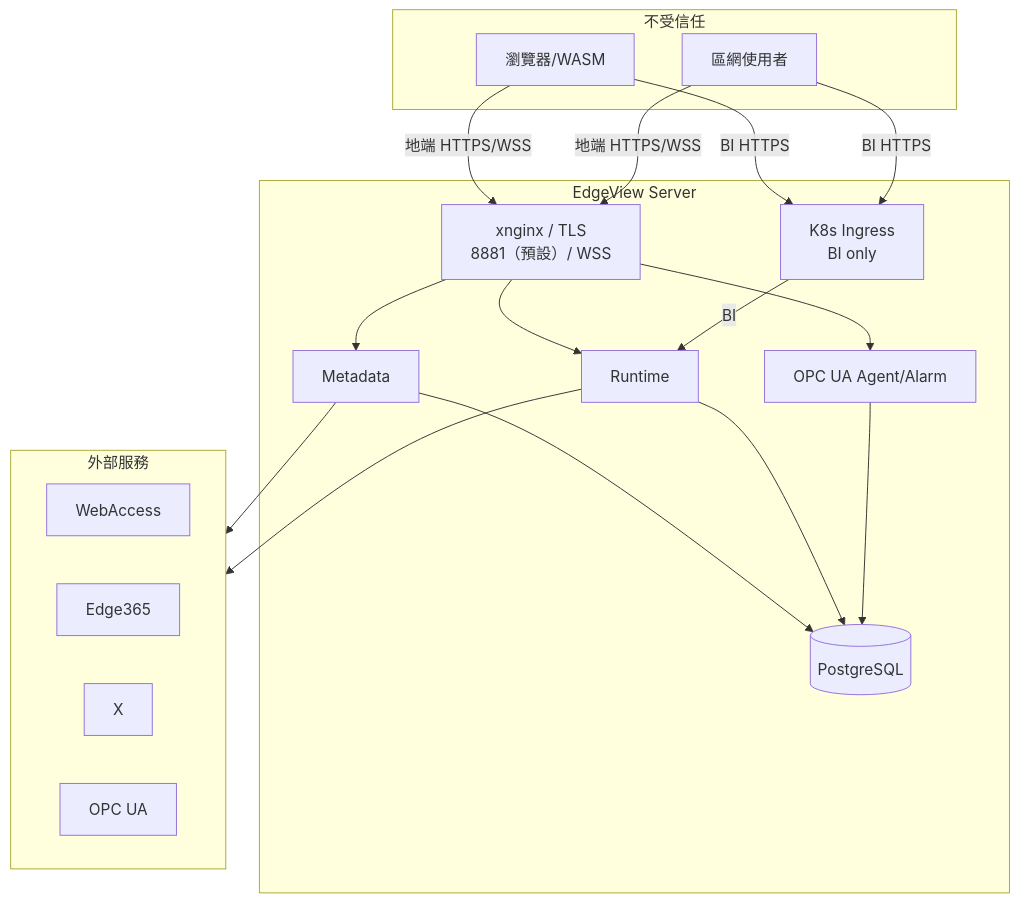
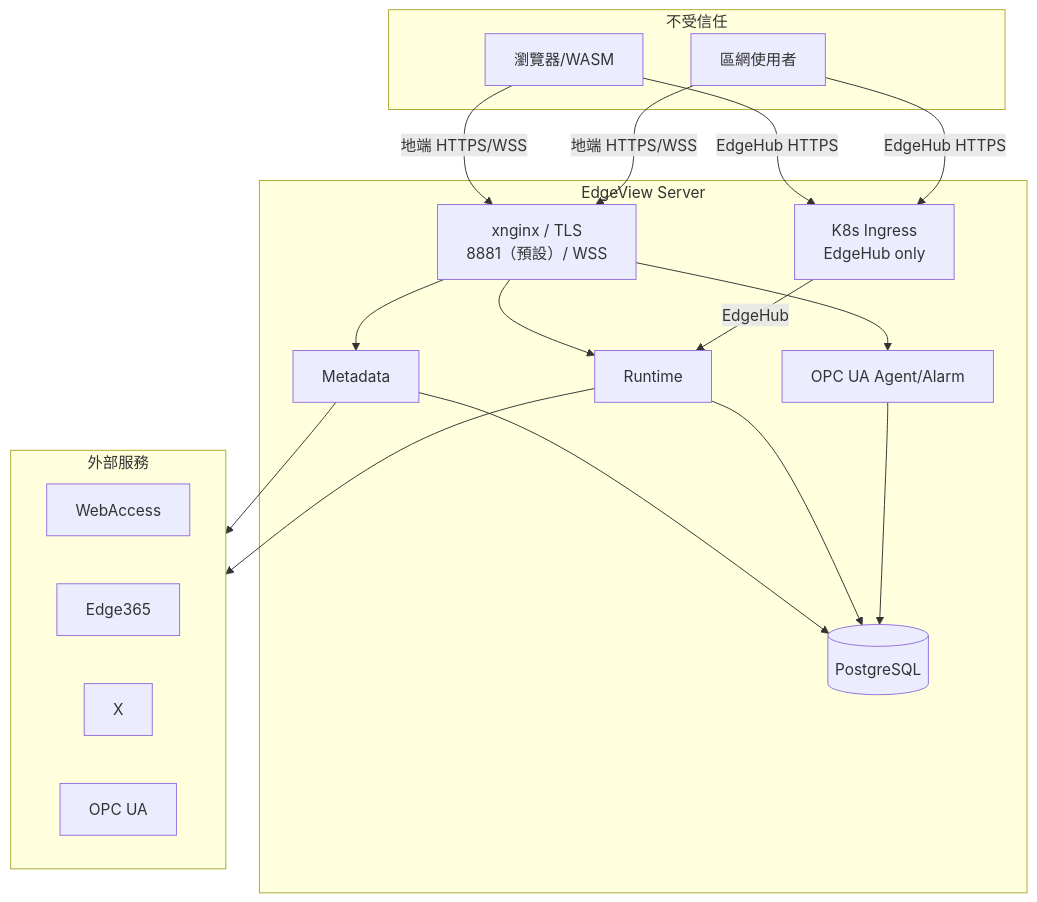
The first of 2 diagrams in SDS/08_Security_Design.md (PochengChen-del/EdgeViewDoc), drawn with Mermaid before and after one commit. The commit also changed other lines of this file and 16 other files, not shown here.

Commit message:
文件中 BI 產品名更改為 EdgeHub

````diff
--- a/SDS/08_Security_Design.md
+++ b/SDS/08_Security_Design.md
@@ -16,34 +16,34 @@
 ```mermaid
 flowchart TB
     subgraph Untrusted["不受信任"]
         Browser[瀏覽器/WASM]
         LAN[區網使用者]
     end
     subgraph Edge["EdgeView Server"]
         NG[xnginx / TLS<br/>8881（預設）/ WSS]
-        Ingress[K8s Ingress<br/>BI only]
+        Ingress[K8s Ingress<br/>EdgeHub only]
         Meta[Metadata]
         Proxy[Runtime]
         Agent[OPC UA Agent/Alarm]
         DB[(PostgreSQL)]
     end
     subgraph External["外部服務"]
         WA[WebAccess]
         EH[Edge365]
         X[X]
         OPC[OPC UA]
     end
     Browser -->|地端 HTTPS/WSS| NG
     LAN -->|地端 HTTPS/WSS| NG
-    Browser -->|BI HTTPS| Ingress
-    LAN -->|BI HTTPS| Ingress
+    Browser -->|EdgeHub HTTPS| Ingress
+    LAN -->|EdgeHub HTTPS| Ingress
     NG --> Meta
     NG --> Proxy
     NG --> Agent
-    Ingress -->|BI| Proxy
+    Ingress -->|EdgeHub| Proxy
     Meta --> DB
     Proxy --> DB
     Agent --> DB
     Meta --> External
     Proxy --> External
 ```
````
